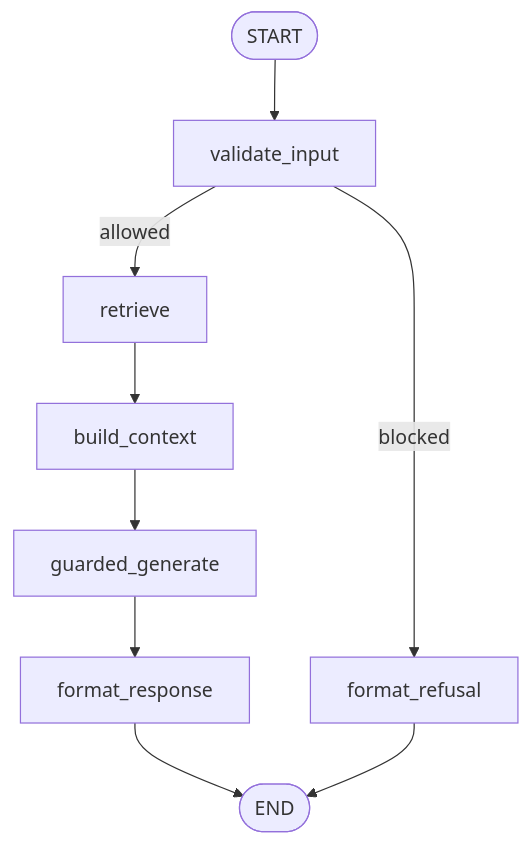
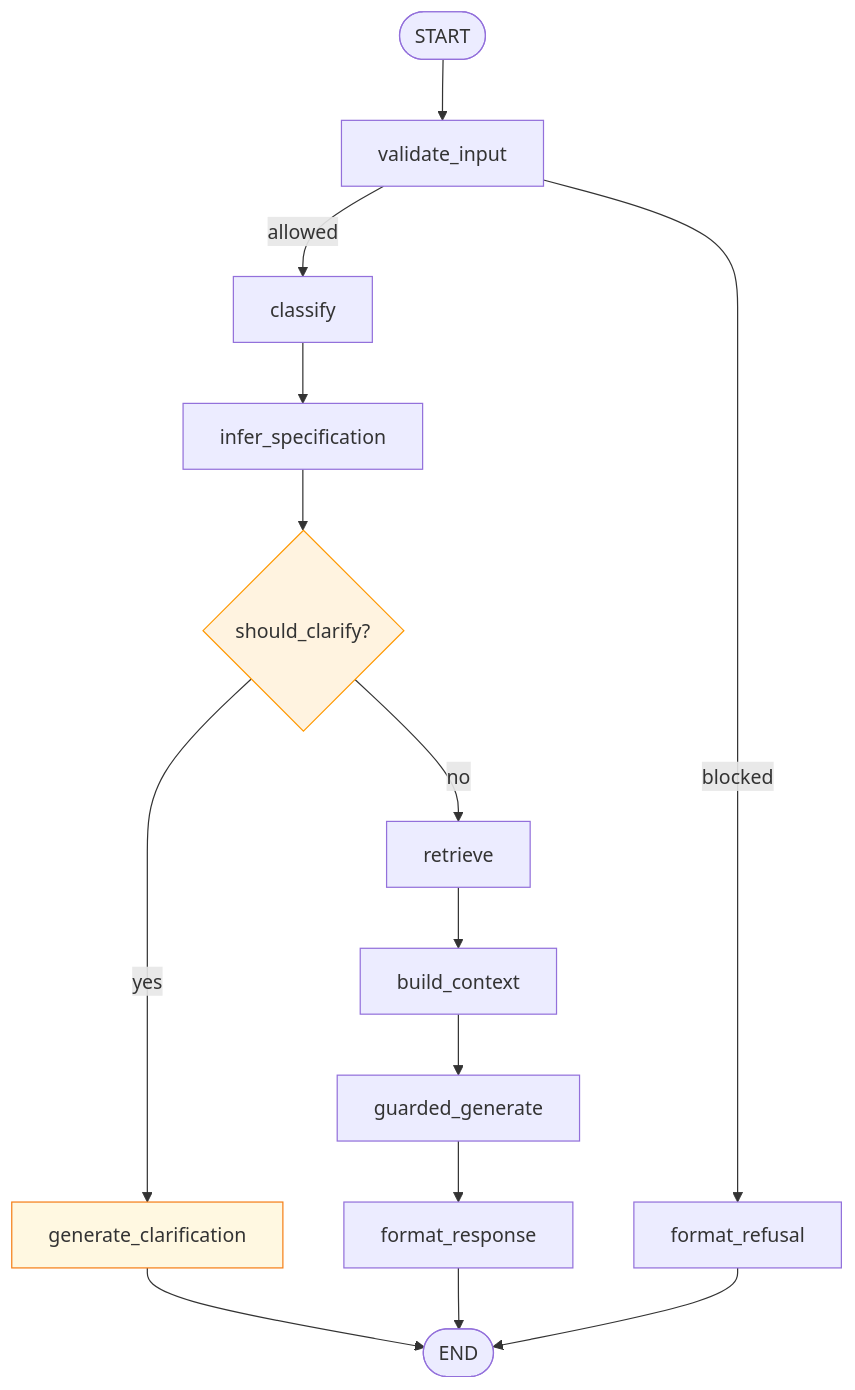
Before and after one commit to AliNikkhah2001/Work_Credit-RAG_Phase1: the third of 4 diagrams in README.md, drawn with Mermaid. The commit also changed other lines of this file, not shown here.

First line of the commit message:
docs: rewrite README — correct architecture, sticky/clarify/supplement + bench 2026-10-12

````diff
--- a/README.md
+++ b/README.md
@@ -122,11 +170,19 @@
 ```mermaid
 flowchart TD
     START([START]) --> VI[validate_input]
     VI -->|blocked| FR[format_refusal]
-    VI -->|allowed| RET[retrieve]
+    VI -->|allowed| CL[classify]
+    CL --> INF[infer_specification]
+    INF --> SC{should_clarify?}
+    SC -->|yes| GC[generate_clarification]
+    GC --> END([END])
+    SC -->|no| RET[retrieve]
     RET --> BC[build_context]
     BC --> GG[guarded_generate]
     GG --> FRMT[format_response]
-    FRMT --> END([END])
+    FRMT --> END
     FR --> END
+
+    style SC fill:#fff3e0,stroke:#ff9800
+    style GC fill:#fff8e1,stroke:#f57f17
 ```
````
